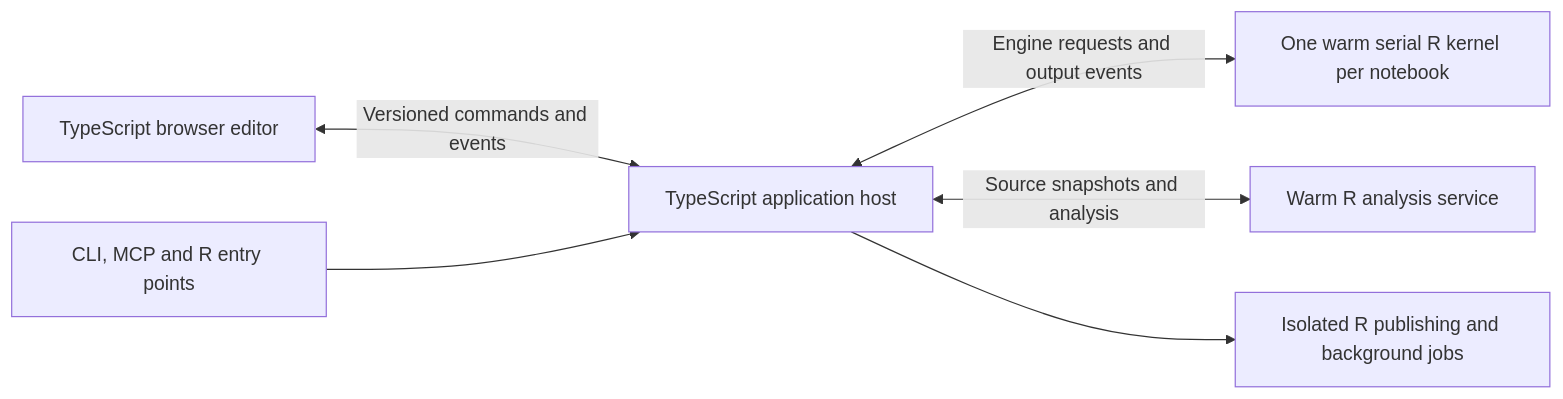
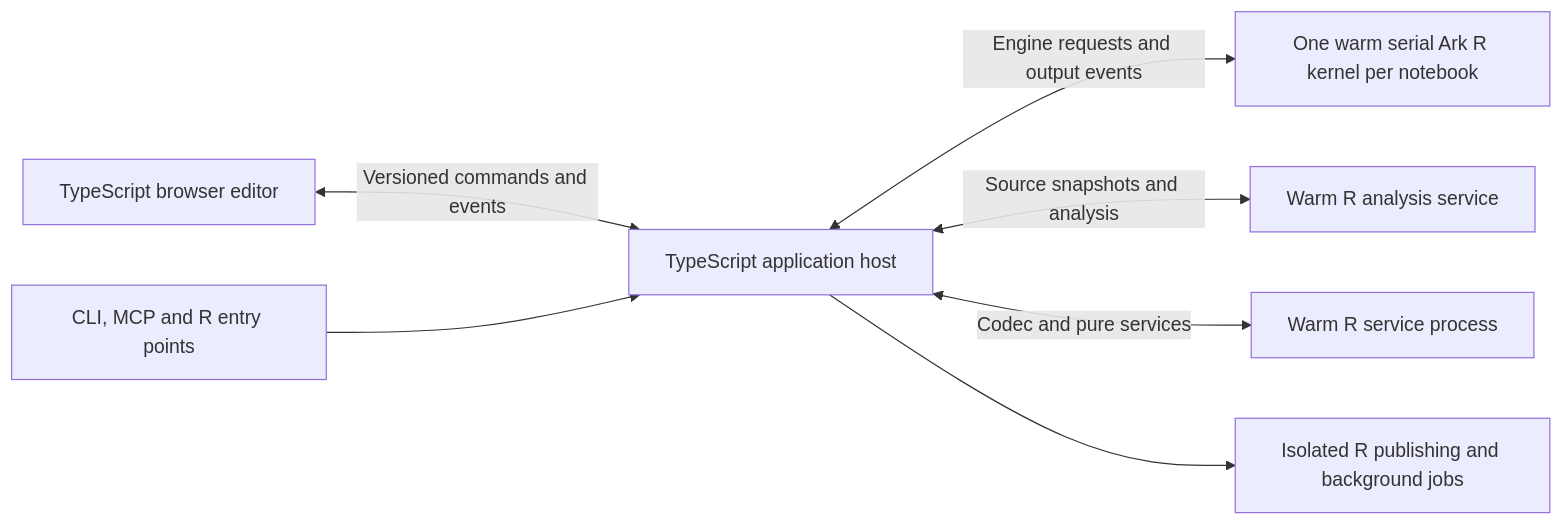
Before and after one commit to carl-stone/alder: the diagram in dev/ARCHITECTURE.md, drawn with Mermaid. The commit also changed other lines of this file and 173 other files, not shown here.

Commit message:
Checkpoint Ark host migration and latency work for machine handoff

````diff
--- a/dev/ARCHITECTURE.md
+++ b/dev/ARCHITECTURE.md
@@ -44,8 +48,9 @@
 ```mermaid
 flowchart LR
   Browser[TypeScript browser editor] <-->|Versioned commands and events| Host[TypeScript application host]
   CLI[CLI, MCP and R entry points] --> Host
-  Host <-->|Engine requests and output events| Kernel[One warm serial R kernel per notebook]
+  Host <-->|Engine requests and output events| Kernel[One warm serial Ark R kernel per notebook]
   Host <-->|Source snapshots and analysis| Analysis[Warm R analysis service]
+  Host <-->|Codec and pure services| Services[Warm R service process]
   Host --> Jobs[Isolated R publishing and background jobs]
 ```
````
